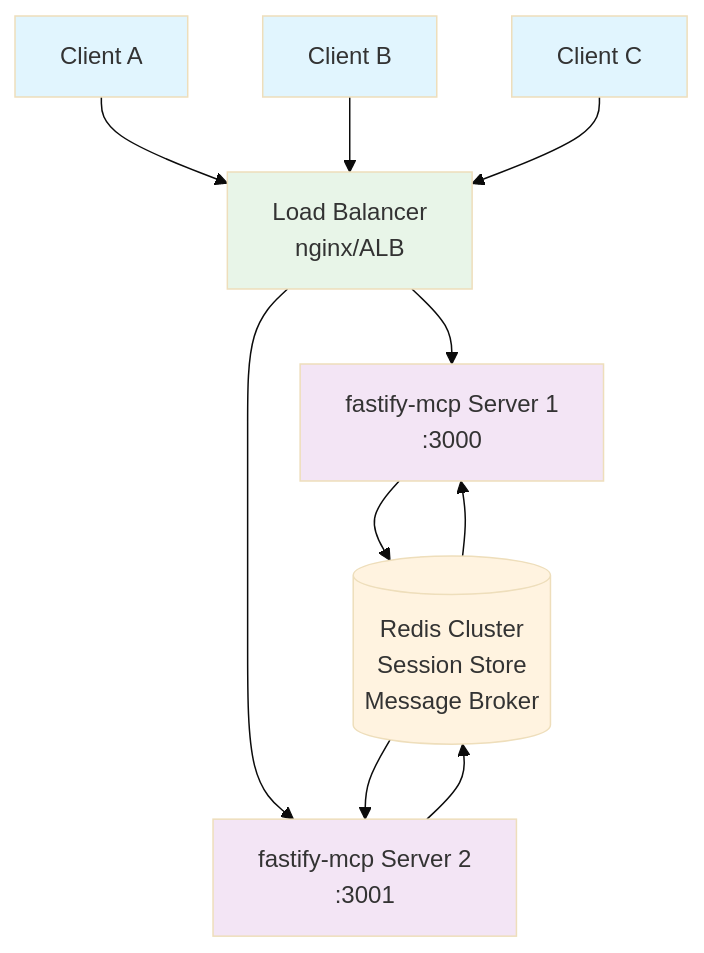
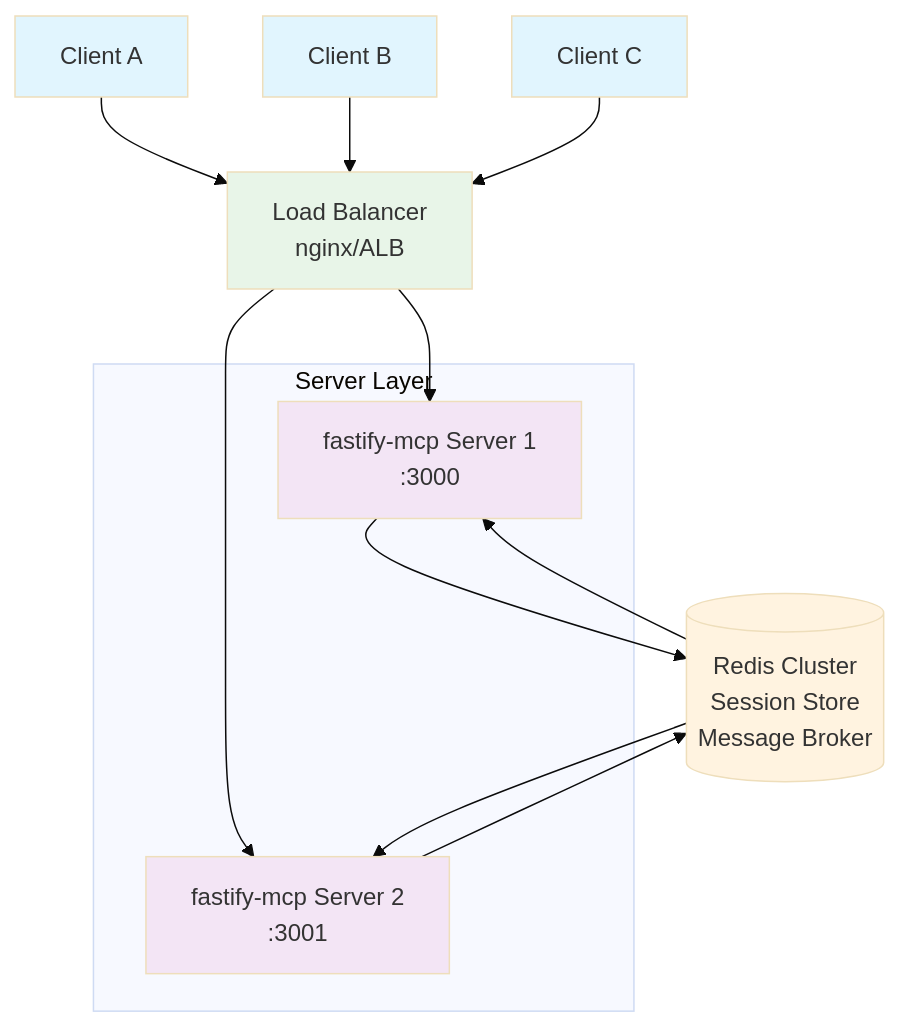
One commit to platformatic/mcp changed the second of 2 diagrams in BLOG.md. Above: the diagram before and after it, drawn with Mermaid (base theme).

Commit message:
Update architecture diagram to show servers at same level
- Wrap server instances in "Server Layer" subgraph
- Better illustrates horizontal scaling with servers at same tier
- Improves clarity of production architecture visualization

🤖 Generated with [Claude Code](https://claude.ai/code)

````diff
--- a/BLOG.md
+++ b/BLOG.md
@@ -118,36 +118,38 @@
 ```mermaid
 graph TB
     Client1[Client A]
     Client2[Client B]
     Client3[Client C]
     
     LB[Load Balancer<br/>nginx/ALB]
     
-    Server1[fastify-mcp Server 1<br/>:3000]
-    Server2[fastify-mcp Server 2<br/>:3001]
+    subgraph "Server Layer"
+        Server1[fastify-mcp Server 1<br/>:3000]
+        Server2[fastify-mcp Server 2<br/>:3001]
+    end
     
     Redis[(Redis Cluster<br/>Session Store<br/>Message Broker)]
     
     Client1 --> LB
     Client2 --> LB
     Client3 --> LB
     
     LB --> Server1
     LB --> Server2
     
     Server1 --> Redis
     Server2 --> Redis
     
     Redis --> Server1
     Redis --> Server2
     
     classDef client fill:#e1f5fe
     classDef server fill:#f3e5f5
     classDef redis fill:#fff3e0
     classDef lb fill:#e8f5e8
     
     class Client1,Client2,Client3 client
     class Server1,Server2 server
     class Redis redis
     class LB lb
 ```
````
